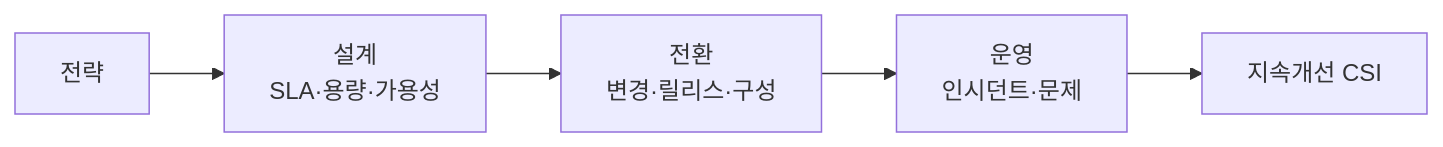
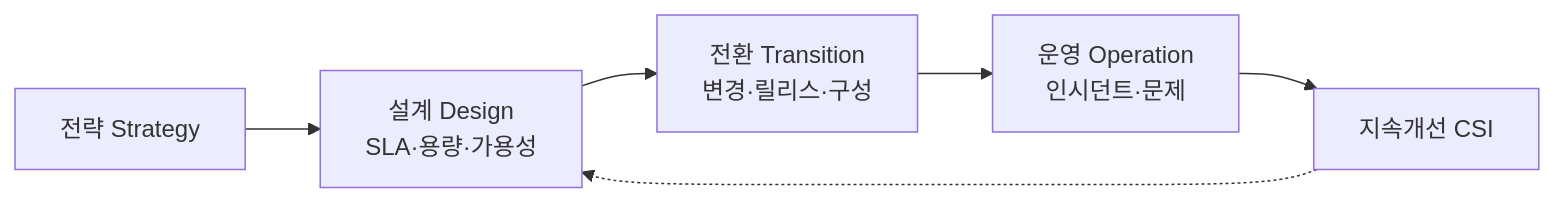
One commit to coninggu/wjdqhrhksflrltnftk changed the diagram in content/itsm.md. Above: the diagram before and after it, drawn with Mermaid. The commit also changed other lines of this file and 19 other files, not shown here.

````diff
--- a/content/itsm.md
+++ b/content/itsm.md
@@ -22,7 +23,8 @@
 ```mermaid
 flowchart LR
-  S[전략] --> D[설계<br/>SLA·용량·가용성]
-  D --> T[전환<br/>변경·릴리스·구성]
-  T --> O[운영<br/>인시던트·문제]
+  S[전략 Strategy] --> D[설계 Design<br/>SLA·용량·가용성]
+  D --> T[전환 Transition<br/>변경·릴리스·구성]
+  T --> O[운영 Operation<br/>인시던트·문제]
   O --> C[지속개선 CSI]
+  C -.-> D
 ```
````
